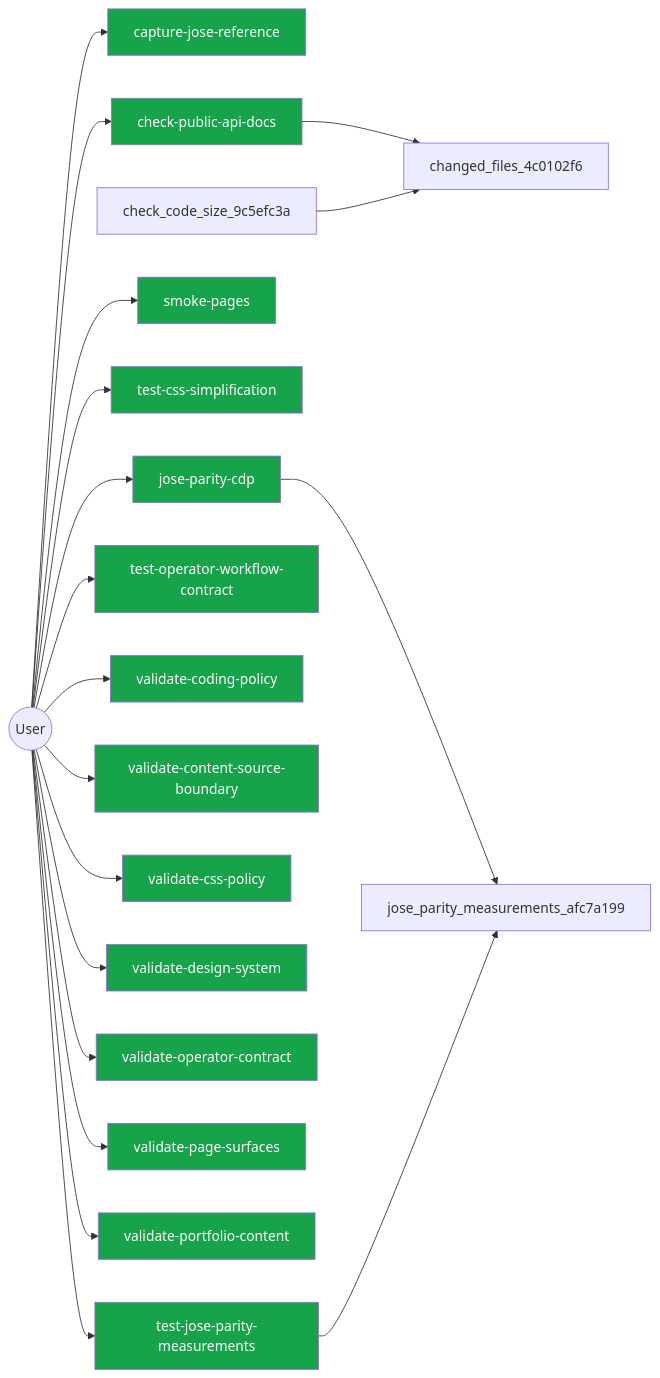
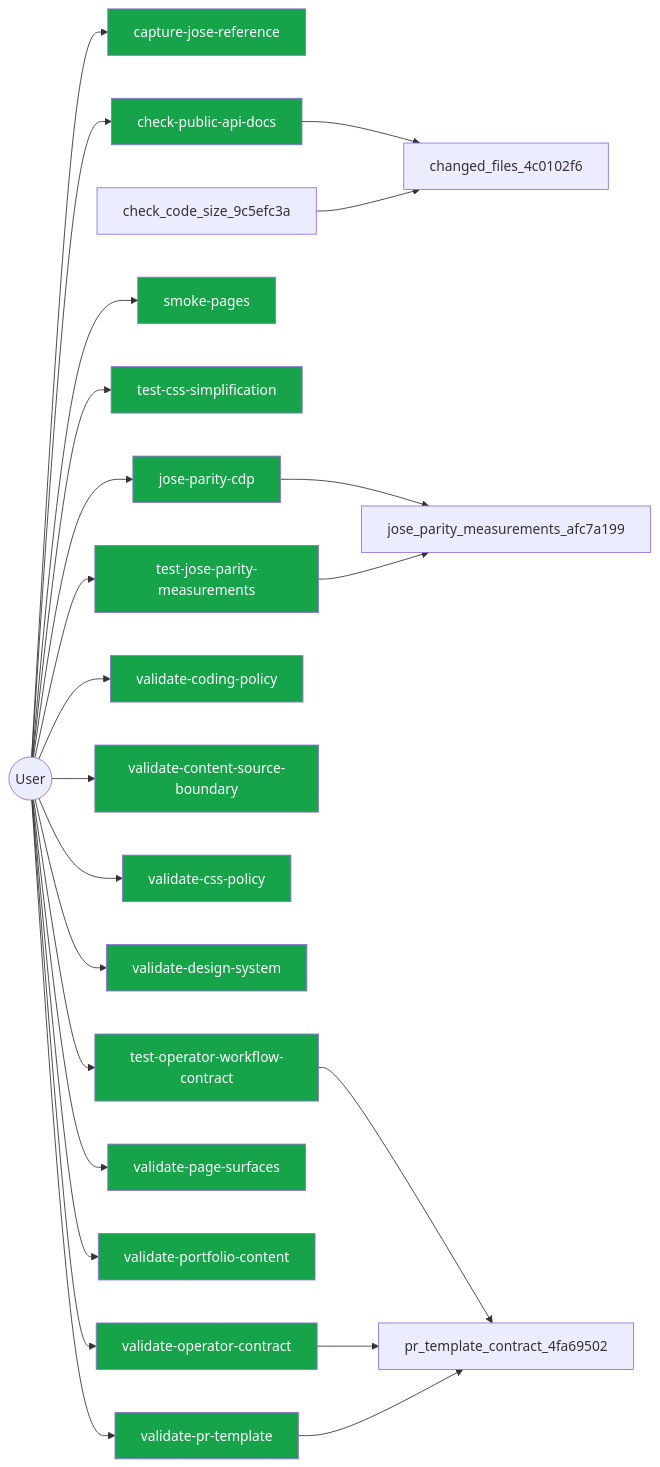
Before and after one commit to jscraik/websites: the diagram in .diagram/user.mmd, drawn with Mermaid. The commit also changed 17 other files, not shown here.

```diff
--- a/.diagram/user.mmd
+++ b/.diagram/user.mmd
@@ -1,36 +1,41 @@
 flowchart LR
   User(("User"))
   capture_jose_reference_e7b66705["capture-jose-reference"]
   User --> capture_jose_reference_e7b66705
   check_public_api_docs_a9604f1b["check-public-api-docs"]
   User --> check_public_api_docs_a9604f1b
   jose_parity_cdp_bdcde21d["jose-parity-cdp"]
   User --> jose_parity_cdp_bdcde21d
   smoke_pages_9a92b30d["smoke-pages"]
   User --> smoke_pages_9a92b30d
   test_css_simplification_05516724["test-css-simplification"]
   User --> test_css_simplification_05516724
   test_jose_parity_measurements_2477824f["test-jose-parity-measurements"]
   User --> test_jose_parity_measurements_2477824f
   test_operator_workflow_contract_b4a152d7["test-operator-workflow-contract"]
   User --> test_operator_workflow_contract_b4a152d7
   validate_coding_policy_29976175["validate-coding-policy"]
   User --> validate_coding_policy_29976175
   validate_content_source_boundary_8a6f121b["validate-content-source-boundary"]
   User --> validate_content_source_boundary_8a6f121b
   validate_css_policy_1c5ec854["validate-css-policy"]
   User --> validate_css_policy_1c5ec854
   validate_design_system_b8a5f37c["validate-design-system"]
   User --> validate_design_system_b8a5f37c
   validate_operator_contract_f777ed78["validate-operator-contract"]
   User --> validate_operator_contract_f777ed78
   validate_page_surfaces_078ef6b6["validate-page-surfaces"]
   User --> validate_page_surfaces_078ef6b6
   validate_portfolio_content_6d36990e["validate-portfolio-content"]
   User --> validate_portfolio_content_6d36990e
+  validate_pr_template_1fc39e13["validate-pr-template"]
+  User --> validate_pr_template_1fc39e13
   check_public_api_docs_a9604f1b --> changed_files_4c0102f6
   jose_parity_cdp_bdcde21d --> jose_parity_measurements_afc7a199
   test_jose_parity_measurements_2477824f --> jose_parity_measurements_afc7a199
+  test_operator_workflow_contract_b4a152d7 --> pr_template_contract_4fa69502
+  validate_operator_contract_f777ed78 --> pr_template_contract_4fa69502
+  validate_pr_template_1fc39e13 --> pr_template_contract_4fa69502
   check_code_size_9c5efc3a --> changed_files_4c0102f6
   classDef userNode fill:#16a34a,color:#fff
-  class capture_jose_reference_e7b66705,check_public_api_docs_a9604f1b,jose_parity_cdp_bdcde21d,smoke_pages_9a92b30d,test_css_simplification_05516724,test_jose_parity_measurements_2477824f,test_operator_workflow_contract_b4a152d7,validate_coding_policy_29976175,validate_content_source_boundary_8a6f121b,validate_css_policy_1c5ec854,validate_design_system_b8a5f37c,validate_operator_contract_f777ed78,validate_page_surfaces_078ef6b6,validate_portfolio_content_6d36990e userNode
+  class capture_jose_reference_e7b66705,check_public_api_docs_a9604f1b,jose_parity_cdp_bdcde21d,smoke_pages_9a92b30d,test_css_simplification_05516724,test_jose_parity_measurements_2477824f,test_operator_workflow_contract_b4a152d7,validate_coding_policy_29976175,validate_content_source_boundary_8a6f121b,validate_css_policy_1c5ec854,validate_design_system_b8a5f37c,validate_operator_contract_f777ed78,validate_page_surfaces_078ef6b6,validate_portfolio_content_6d36990e,validate_pr_template_1fc39e13 userNode
```
